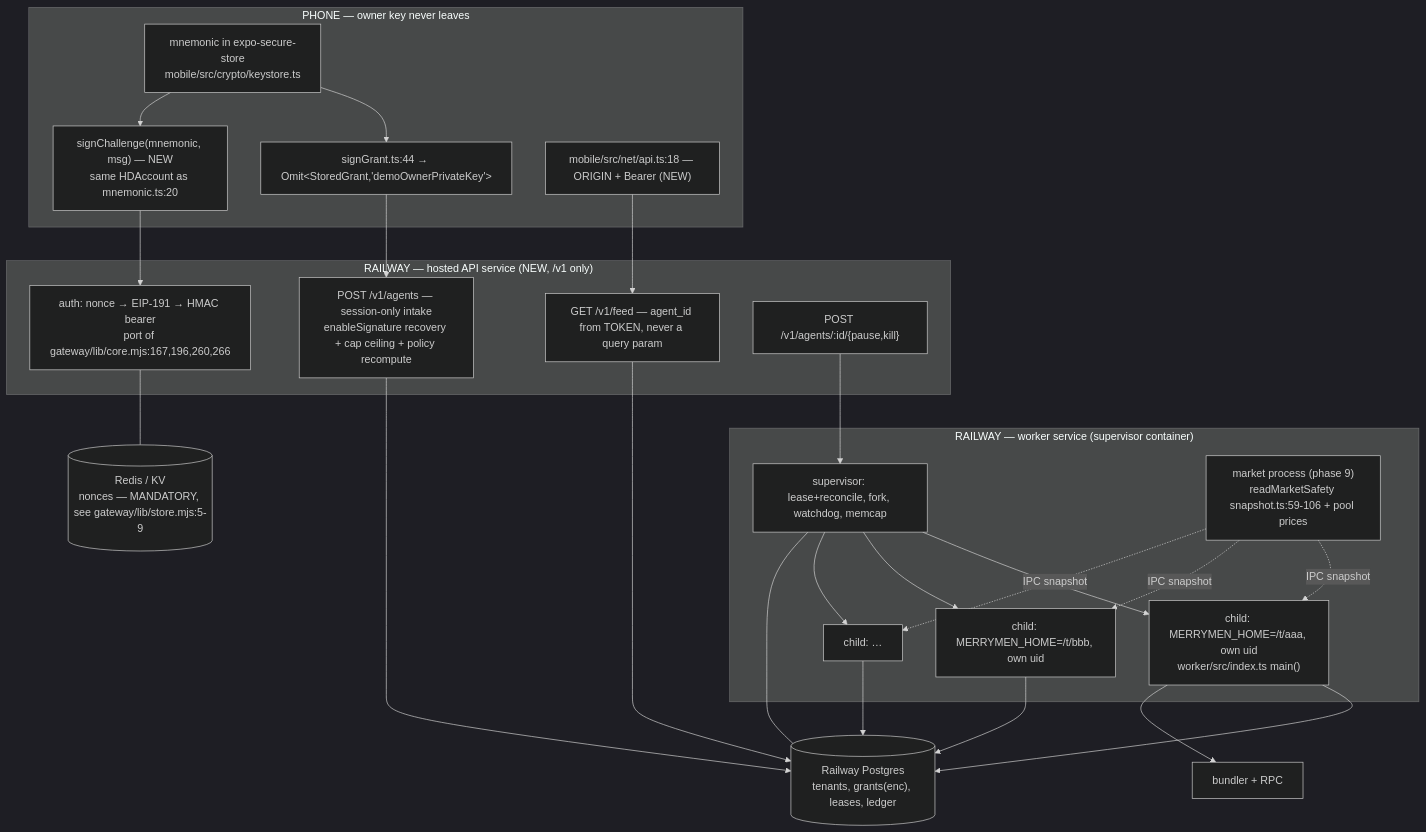
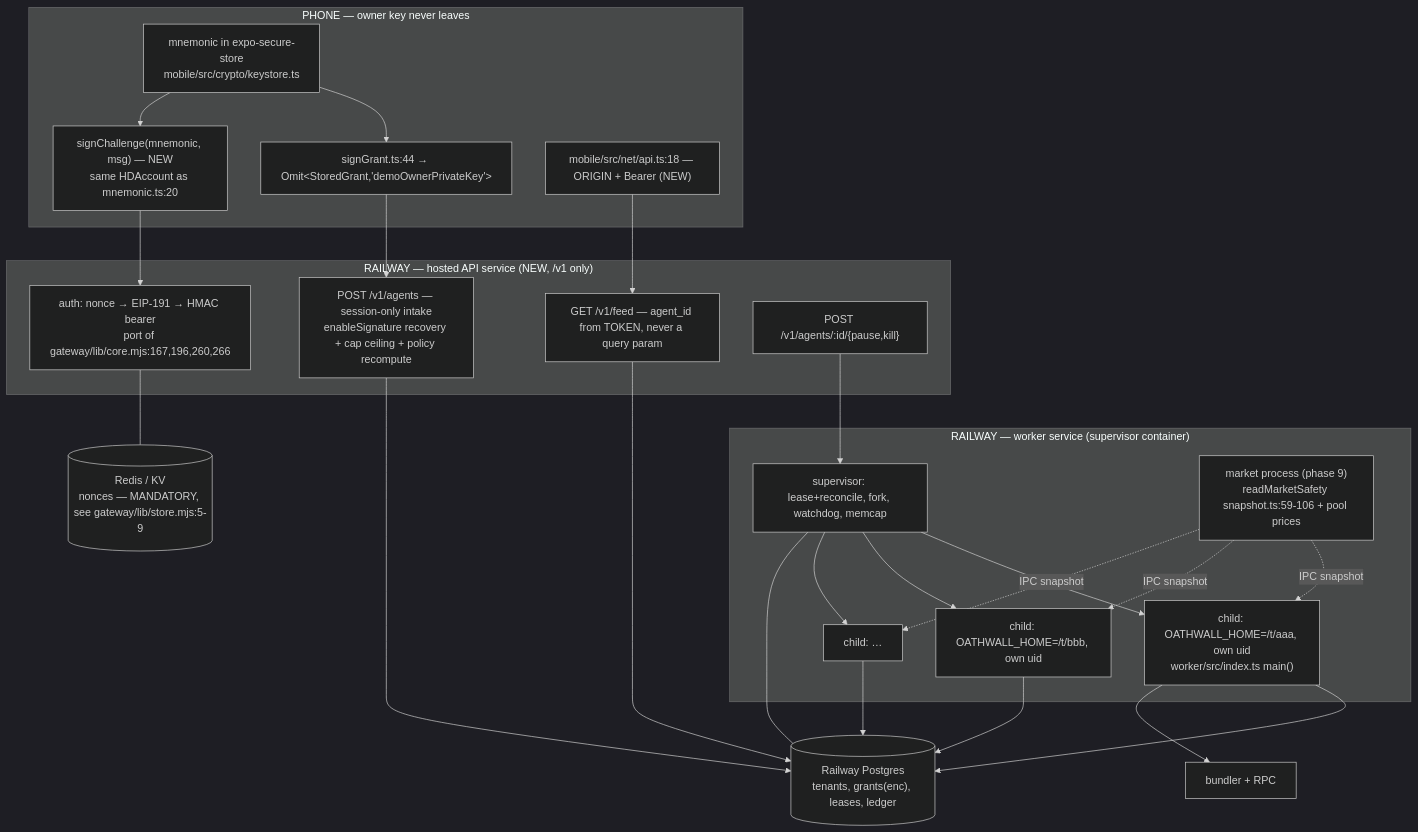
The diagram in docs/hosted-worker-design.md (rempprandy-afk/oathwall), drawn with Mermaid (dark theme) before and after one commit. The commit also changed other lines of this file and 412 other files, not shown here.

First line of the commit message:
rebrand merrymen to oathwall, redesign the site and homepage

````diff
--- a/docs/hosted-worker-design.md
+++ b/docs/hosted-worker-design.md
@@ -105,41 +105,41 @@
 ```mermaid
 flowchart TB
   subgraph phone["PHONE — owner key never leaves"]
     MK["mnemonic in expo-secure-store<br/>mobile/src/crypto/keystore.ts"]
     SG["signGrant.ts:44 → Omit&lt;StoredGrant,'demoOwnerPrivateKey'&gt;"]
     CH["signChallenge(mnemonic, msg) — NEW<br/>same HDAccount as mnemonic.ts:20"]
     API["mobile/src/net/api.ts:18 — ORIGIN + Bearer (NEW)"]
     MK --> SG
     MK --> CH
   end
 
   subgraph edge["RAILWAY — hosted API service (NEW, /v1 only)"]
     AU["auth: nonce → EIP-191 → HMAC bearer<br/>port of gateway/lib/core.mjs:167,196,260,266"]
     ARM["POST /v1/agents — session-only intake<br/>enableSignature recovery + cap ceiling + policy recompute"]
     FEED["GET /v1/feed — agent_id from TOKEN, never a query param"]
     CTL["POST /v1/agents/:id/{pause,kill}"]
   end
 
   subgraph sup["RAILWAY — worker service (supervisor container)"]
     SUP["supervisor: lease+reconcile, fork, watchdog, memcap"]
     MKT["market process (phase 9)<br/>readMarketSafety snapshot.ts:59-106 + pool prices"]
-    T1["child: MERRYMEN_HOME=/t/aaa, own uid<br/>worker/src/index.ts main()"]
-    T2["child: MERRYMEN_HOME=/t/bbb, own uid"]
+    T1["child: OATHWALL_HOME=/t/aaa, own uid<br/>worker/src/index.ts main()"]
+    T2["child: OATHWALL_HOME=/t/bbb, own uid"]
     TN["child: …"]
     SUP --> T1 & T2 & TN
     MKT -. IPC snapshot .-> T1 & T2 & TN
   end
 
   PG[("Railway Postgres<br/>tenants, grants(enc), leases, ledger")]
   KV[("Redis / KV<br/>nonces — MANDATORY, see gateway/lib/store.mjs:5-9")]
   CH --> AU
   SG --> ARM
   API --> FEED
   AU --- KV
   ARM --> PG
   FEED --> PG
   CTL --> SUP
   SUP --- PG
   T1 & T2 & TN --> PG
   T1 --> BUN["bundler + RPC"]
 ```
````
